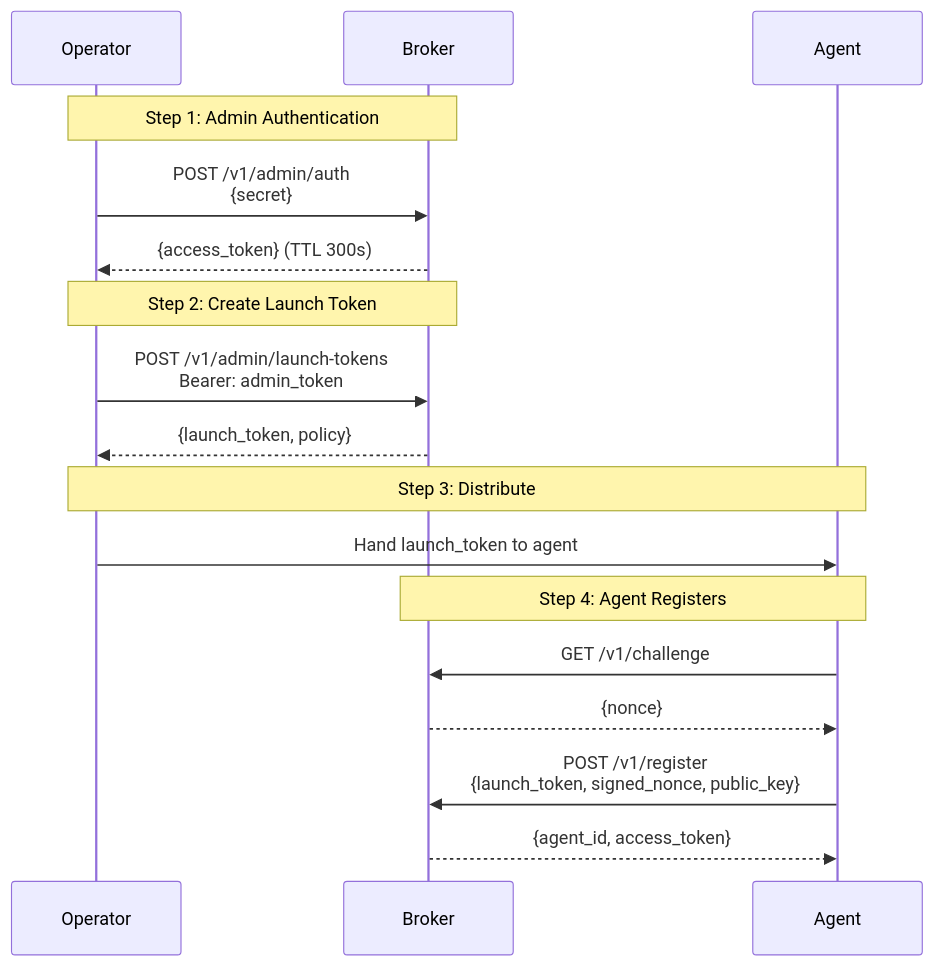
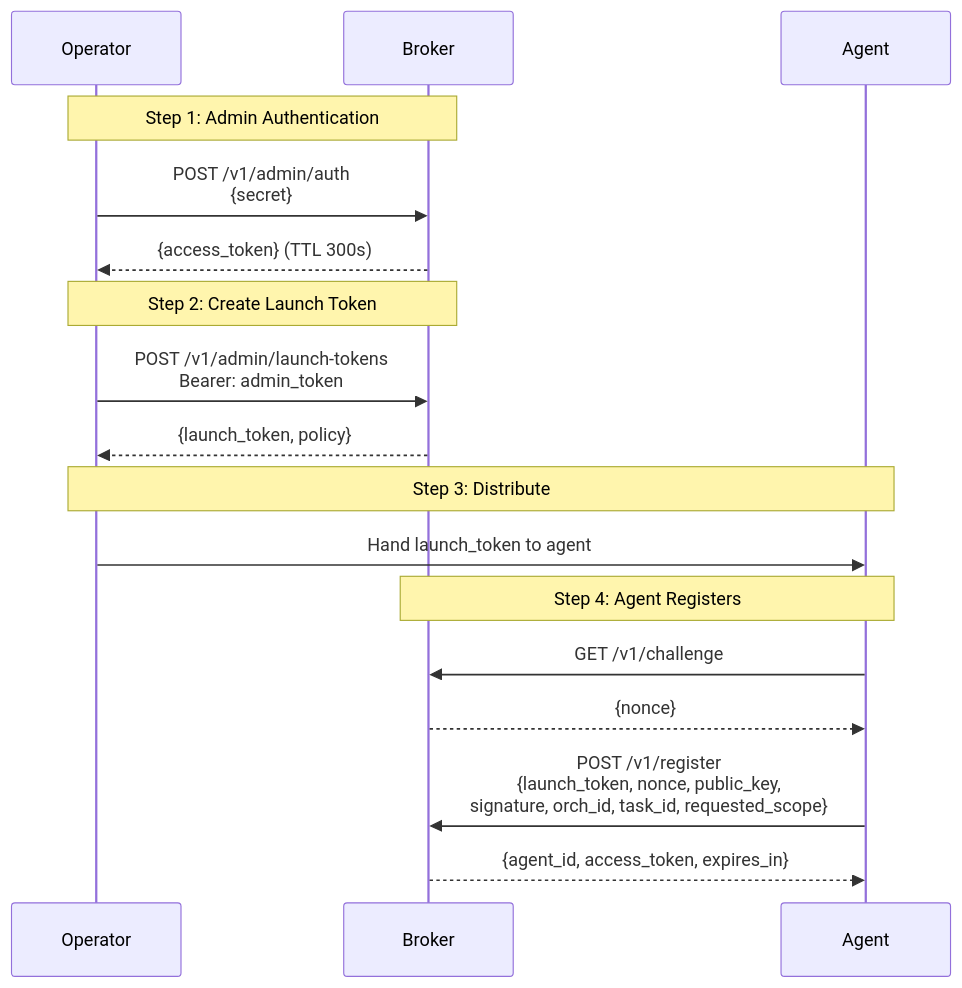
The second of 2 diagrams in docs/getting-started-operator.md (devonartis/agentwrit), drawn with Mermaid before and after one commit. The commit also changed 6 other files, not shown here.

````diff
--- a/docs/getting-started-operator.md
+++ b/docs/getting-started-operator.md
@@ -271,23 +271,23 @@
 ```mermaid
 sequenceDiagram
     participant Op as Operator
     participant B as Broker
     participant A as Agent
 
     Note over Op,B: Step 1: Admin Authentication
     Op->>B: POST /v1/admin/auth<br/>{secret}
     B-->>Op: {access_token} (TTL 300s)
 
     Note over Op,B: Step 2: Create Launch Token
     Op->>B: POST /v1/admin/launch-tokens<br/>Bearer: admin_token
     B-->>Op: {launch_token, policy}
 
     Note over Op,A: Step 3: Distribute
     Op->>A: Hand launch_token to agent
 
     Note over A,B: Step 4: Agent Registers
     A->>B: GET /v1/challenge
     B-->>A: {nonce}
-    A->>B: POST /v1/register<br/>{launch_token, signed_nonce, public_key}
-    B-->>A: {agent_id, access_token}
+    A->>B: POST /v1/register<br/>{launch_token, nonce, public_key,<br/>signature, orch_id, task_id, requested_scope}
+    B-->>A: {agent_id, access_token, expires_in}
 ```
````
